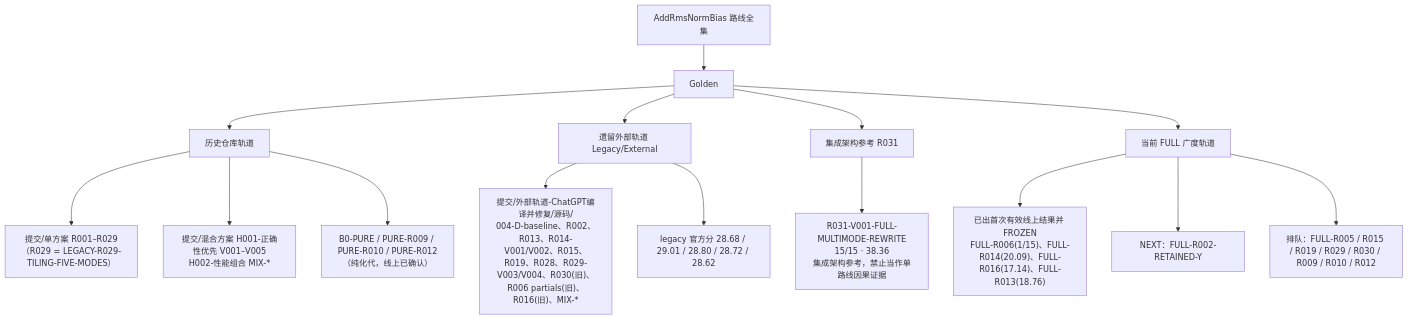
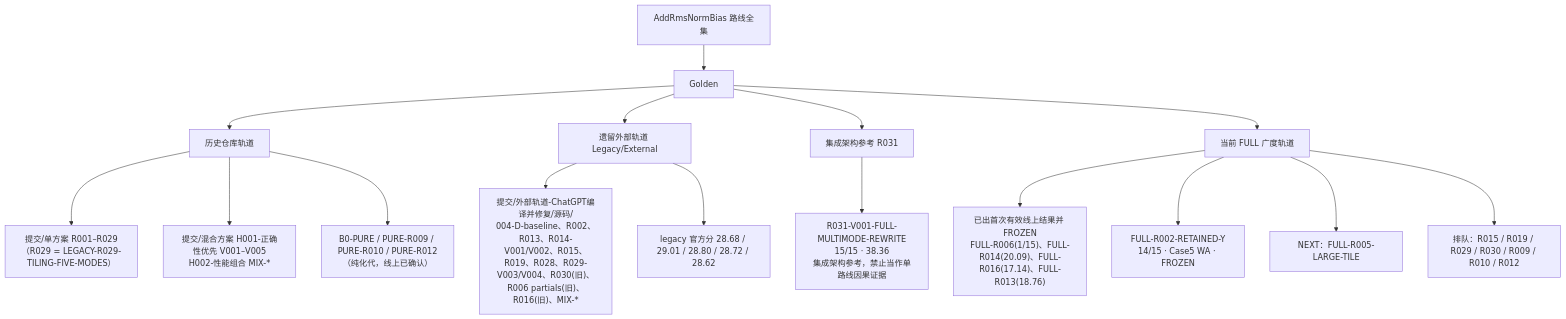
The diagram in 文档/路线树.md (sxyq/CANN), drawn with Mermaid before and after one commit. The commit also changed other lines of this file and 8 other files, not shown here.

Commit message:
record FULL-R002 frozen route state

````diff
--- a/文档/路线树.md
+++ b/文档/路线树.md
@@ -7,22 +7,23 @@
 ```mermaid
 flowchart TD
     ROOT["AddRmsNormBias 路线全集"]
     ROOT --> TRACKS["Golden"]
     TRACKS --> T1["历史仓库轨道"]
     TRACKS --> T2["遗留外部轨道 Legacy/External"]
     TRACKS --> T3["集成架构参考 R031"]
     TRACKS --> T4["当前 FULL 广度轨道"]
 
     T1 --> T1A["提交/单方案 R001–R029<br/>（R029 = LEGACY-R029-TILING-FIVE-MODES）"]
     T1 --> T1B["提交/混合方案 H001-正确性优先 V001–V005<br/>H002-性能组合 MIX-*"]
     T1 --> T1C["B0-PURE / PURE-R009 / PURE-R010 / PURE-R012<br/>（纯化代，线上已确认）"]
 
     T2 --> T2A["提交/外部轨道-ChatGPT编译并修复/源码/<br/>004-D-baseline、R002、R013、R014-V001/V002、R015、R019、R028、R029-V003/V004、R030(旧)、R006 partials(旧)、R016(旧)、MIX-*"]
     T2 --> T2B["legacy 官方分 28.68 / 29.01 / 28.80 / 28.72 / 28.62"]
 
     T3 --> T3A["R031-V001-FULL-MULTIMODE-REWRITE<br/>15/15 · 38.36<br/>集成架构参考，禁止当作单路线因果证据"]
 
     T4 --> T4A["已出首次有效线上结果并 FROZEN<br/>FULL-R006(1/15)、FULL-R014(20.09)、FULL-R016(17.14)、FULL-R013(18.76)"]
-    T4 --> T4B["NEXT：FULL-R002-RETAINED-Y"]
-    T4 --> T4C["排队：FULL-R005 / R015 / R019 / R029 / R030 / R009 / R010 / R012"]
+    T4 --> T4B["FULL-R002-RETAINED-Y<br/>14/15 · Case5 WA · FROZEN"]
+    T4 --> T4C["NEXT：FULL-R005-LARGE-TILE"]
+    T4 --> T4D["排队：R015 / R019 / R029 / R030 / R009 / R010 / R012"]
 ```
````
